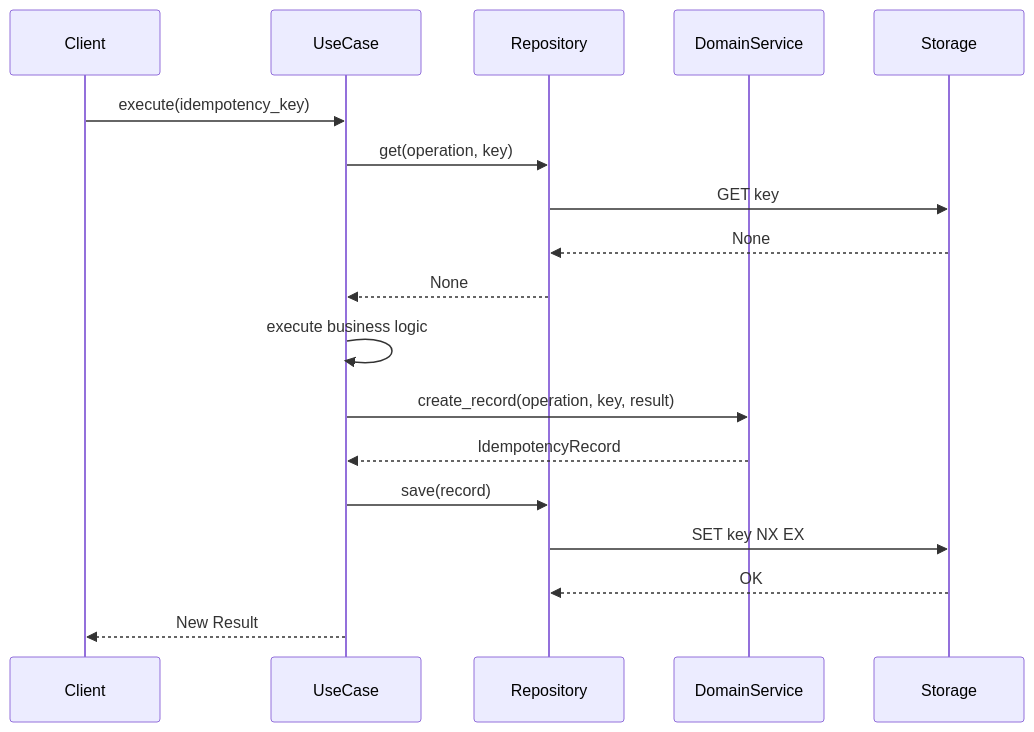
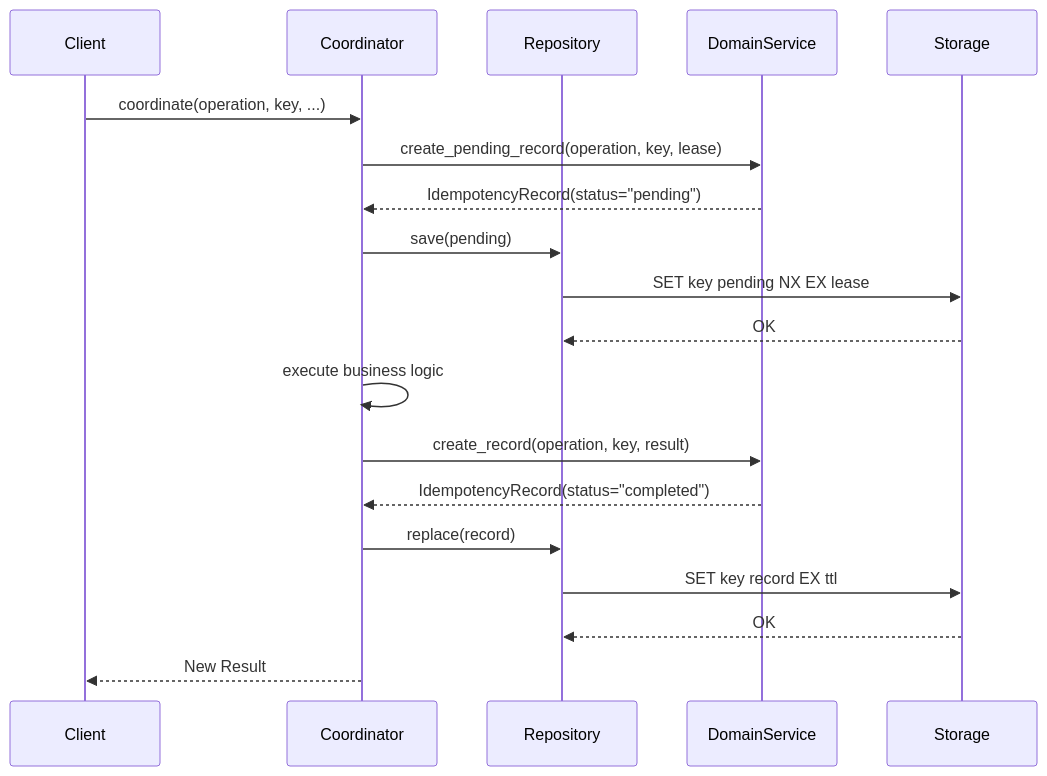
Before and after one commit to bedrock-python/idempotency-kit: the second of 4 diagrams in docs/architecture.md, drawn with Mermaid. The commit also changed other lines of this file and 26 other files, not shown here.

````diff
--- a/docs/architecture.md
+++ b/docs/architecture.md
@@ -48,24 +52,25 @@
 ```mermaid
 sequenceDiagram
     participant Client
-    participant UseCase
+    participant Coordinator
     participant Repository
     participant DomainService
     participant Storage
 
-    Client->>UseCase: execute(idempotency_key)
-    UseCase->>Repository: get(operation, key)
-    Repository->>Storage: GET key
-    Storage-->>Repository: None
-    Repository-->>UseCase: None
-
-    UseCase->>UseCase: execute business logic
-    UseCase->>DomainService: create_record(operation, key, result)
-    DomainService-->>UseCase: IdempotencyRecord
-
-    UseCase->>Repository: save(record)
-    Repository->>Storage: SET key NX EX
+    Client->>Coordinator: coordinate(operation, key, ...)
+    Coordinator->>DomainService: create_pending_record(operation, key, lease)
+    DomainService-->>Coordinator: IdempotencyRecord(status="pending")
+    Coordinator->>Repository: save(pending)
+    Repository->>Storage: SET key pending NX EX lease
     Storage-->>Repository: OK
 
-    UseCase-->>Client: New Result
+    Coordinator->>Coordinator: execute business logic
+    Coordinator->>DomainService: create_record(operation, key, result)
+    DomainService-->>Coordinator: IdempotencyRecord(status="completed")
+
+    Coordinator->>Repository: replace(record)
+    Repository->>Storage: SET key record EX ttl
+    Storage-->>Repository: OK
+
+    Coordinator-->>Client: New Result
 ```
````
